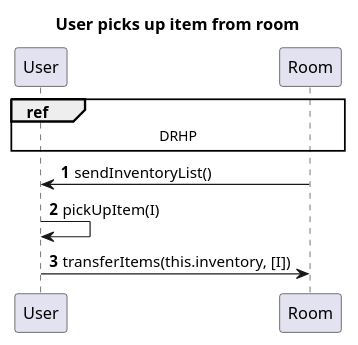
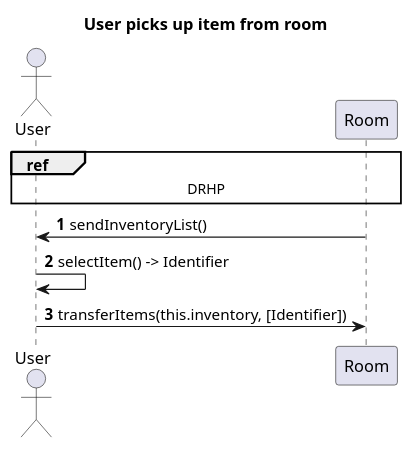
One commit to MysticMazeEducators/.github changed the diagram in resources/sequence_diagrams/item_pickup.puml. Above: the diagram before and after it, drawn with PlantUML. The commit also changed 6 other files, not shown here.

```diff
--- a/resources/sequence_diagrams/item_pickup.puml
+++ b/resources/sequence_diagrams/item_pickup.puml
@@ -1,15 +1,15 @@
 @startuml
 'https://plantuml.com/sequence-diagram
 title User picks up item from room
 autonumber
 
-participant "User" as U
+actor "User" as U
 participant "Room" as R
 
 ref over U, R: DRHP
 
 R -> U: sendInventoryList()
-U -> U: pickUpItem(I)
-U -> R: transferItems(this.inventory, [I])
+U -> U: selectItem() -> Identifier
+U -> R: transferItems(this.inventory, [Identifier])
 
 @enduml
```
